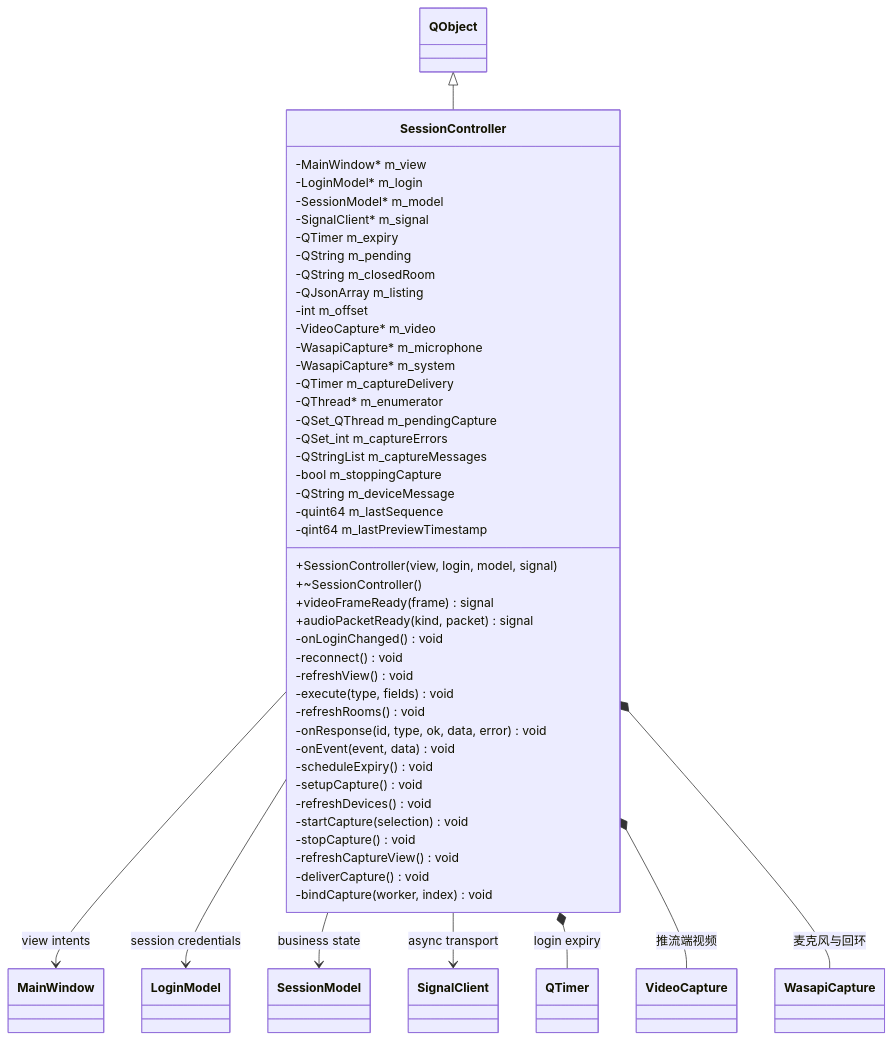
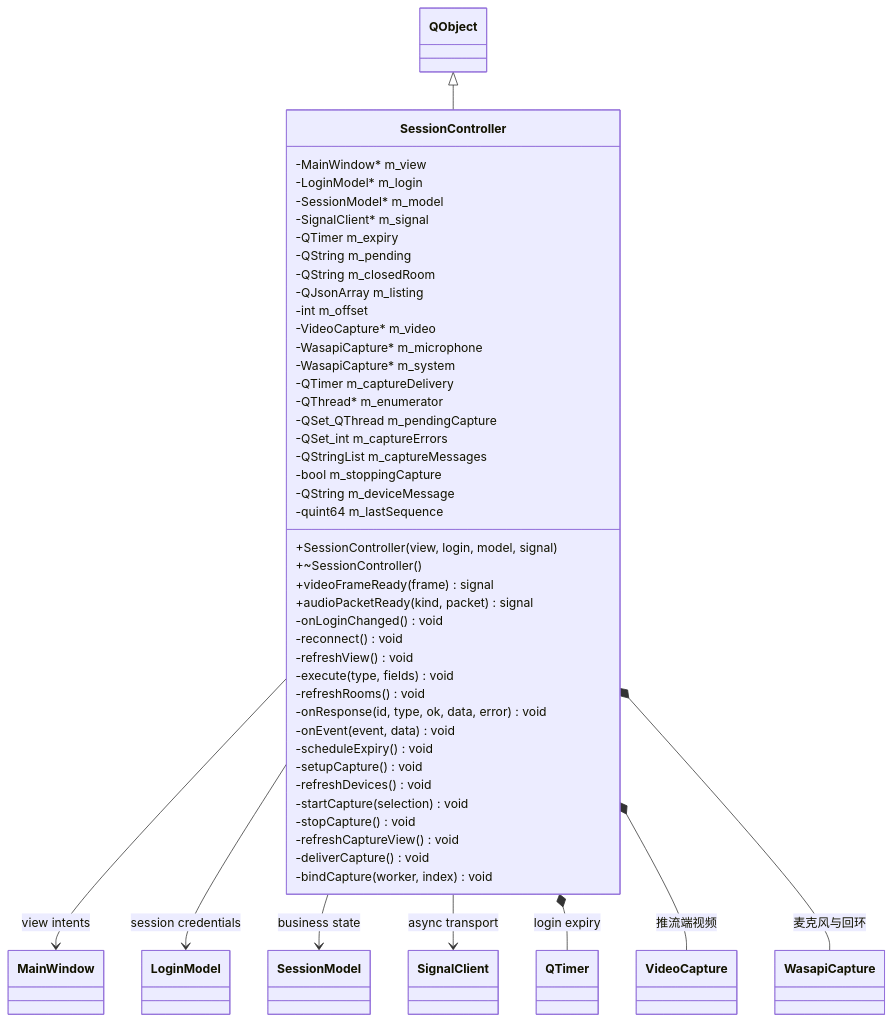
The diagram in docs/uml/SessionController.mmd (kingsman-svg/OBS), drawn with Mermaid before and after one commit. The commit also changed 59 other files, not shown here.

```diff
--- a/docs/uml/SessionController.mmd
+++ b/docs/uml/SessionController.mmd
@@ -1,51 +1,50 @@
 classDiagram
 class SessionController {
   -MainWindow* m_view
   -LoginModel* m_login
   -SessionModel* m_model
   -SignalClient* m_signal
   -QTimer m_expiry
   -QString m_pending
   -QString m_closedRoom
   -QJsonArray m_listing
   -int m_offset
   -VideoCapture* m_video
   -WasapiCapture* m_microphone
   -WasapiCapture* m_system
   -QTimer m_captureDelivery
   -QThread* m_enumerator
   -QSet_QThread m_pendingCapture
   -QSet_int m_captureErrors
   -QStringList m_captureMessages
   -bool m_stoppingCapture
   -QString m_deviceMessage
   -quint64 m_lastSequence
-  -qint64 m_lastPreviewTimestamp
   +SessionController(view, login, model, signal)
   +~SessionController()
   +videoFrameReady(frame) signal
   +audioPacketReady(kind, packet) signal
   -onLoginChanged() void
   -reconnect() void
   -refreshView() void
   -execute(type, fields) void
   -refreshRooms() void
   -onResponse(id, type, ok, data, error) void
   -onEvent(event, data) void
   -scheduleExpiry() void
   -setupCapture() void
   -refreshDevices() void
   -startCapture(selection) void
   -stopCapture() void
   -refreshCaptureView() void
   -deliverCapture() void
   -bindCapture(worker, index) void
 }
 QObject <|-- SessionController
 SessionController --> MainWindow : view intents
 SessionController --> LoginModel : session credentials
 SessionController --> SessionModel : business state
 SessionController --> SignalClient : async transport
 SessionController *-- QTimer : login expiry
 SessionController *-- VideoCapture : 推流端视频
 SessionController *-- WasapiCapture : 麦克风与回环
```
